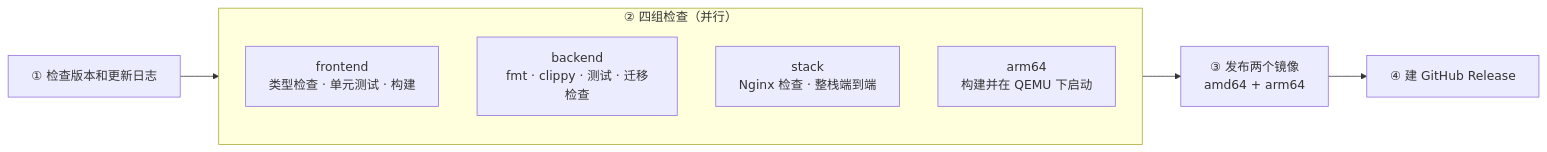
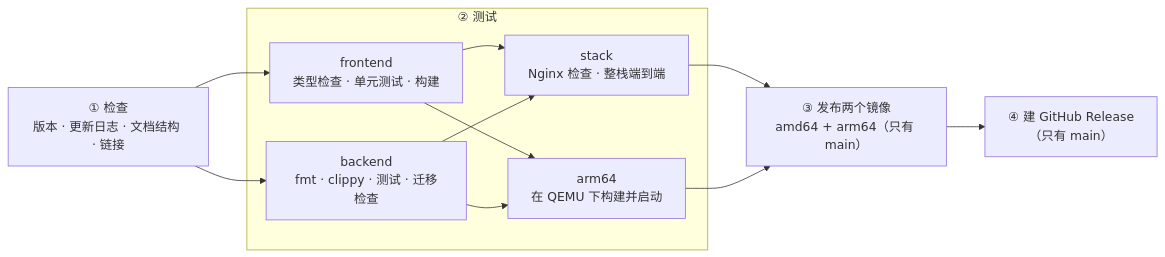
One commit to Yumin-Space/xexam changed the seventh of 7 diagrams in README.zh-CN.md. Above: the diagram before and after it, drawn with Mermaid. The commit also changed other lines of this file and 205 other files, not shown here.

````diff
--- a/README.zh-CN.md
+++ b/README.zh-CN.md
@@ -552,12 +806,19 @@
 ```mermaid
 flowchart LR
-    C["① 检查版本和更新日志"] --> T
-    subgraph T["② 四组检查（并行）"]
+    C["① 检查<br/>版本 · 更新日志 · 文档结构 · 链接"]
+    subgraph T["② 测试"]
         F["frontend<br/>类型检查 · 单元测试 · 构建"]
         B["backend<br/>fmt · clippy · 测试 · 迁移检查"]
         S["stack<br/>Nginx 检查 · 整栈端到端"]
-        A["arm64<br/>构建并在 QEMU 下启动"]
+        A["arm64<br/>在 QEMU 下构建并启动"]
+        F --> S
+        B --> S
+        F --> A
+        B --> A
     end
-    T --> P["③ 发布两个镜像<br/>amd64 + arm64"]
-    P --> R["④ 建 GitHub Release"]
+    C --> F
+    C --> B
+    S --> P["③ 发布两个镜像<br/>amd64 + arm64（只有 main）"]
+    A --> P
+    P --> R["④ 建 GitHub Release<br/>（只有 main）"]
 ```
````
